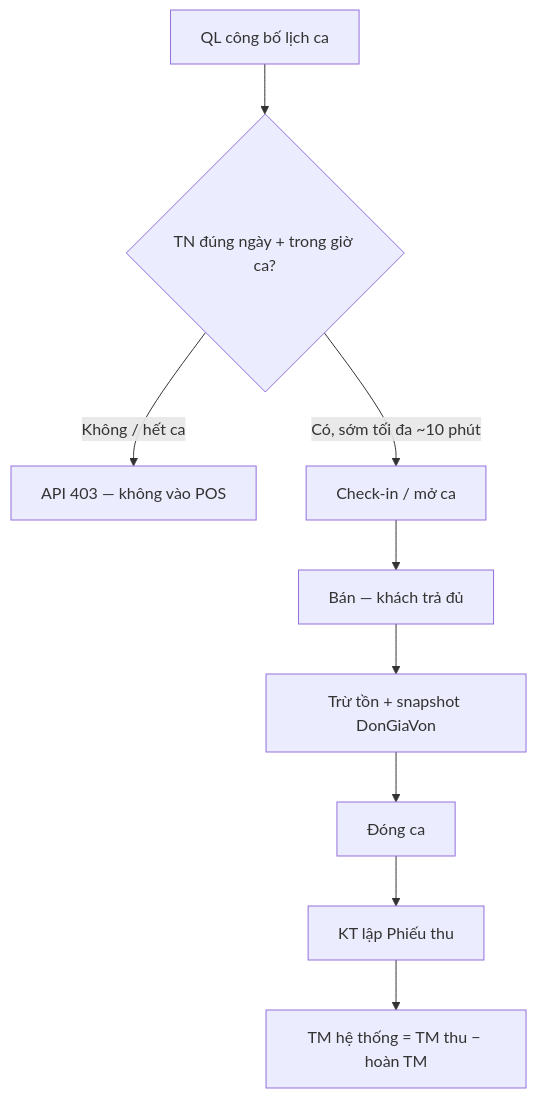
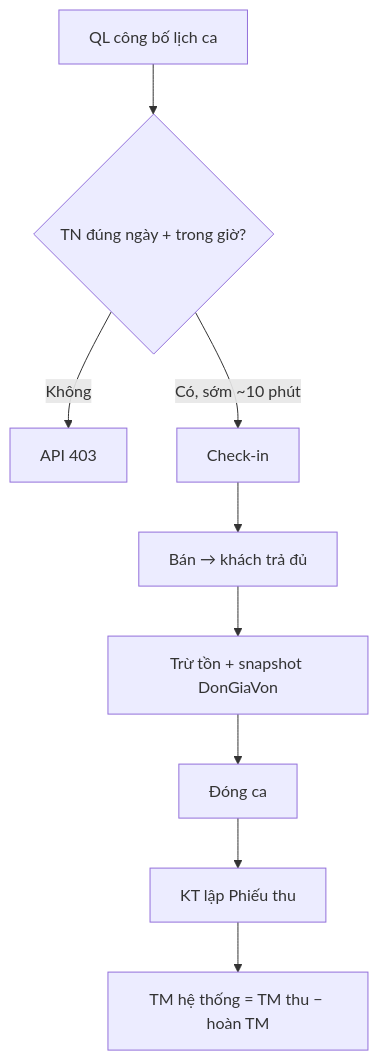
One commit to lowlyone03/BTL-supermarket-fly changed the second of 3 diagrams in README.md. Above: the diagram before and after it, drawn with Mermaid. The commit also changed other lines of this file, not shown here.

Commit message:
docs: rewrite README.md - full system documentation covering architecture, 43 UCs, 37+ tables, API reference, all business modules, advanced features

````diff
--- a/README.md
+++ b/README.md
@@ -188,11 +336,11 @@
 ```mermaid
 flowchart TD
-  P[QL công bố lịch ca] --> Q{TN đúng ngày + trong giờ ca?}
-  Q -->|Không / hết ca| R[API 403 — không vào POS]
-  Q -->|Có, sớm tối đa ~10 phút| S[Check-in / mở ca]
-  S --> T[Bán — khách trả đủ]
+  P[QL công bố lịch ca] --> Q{TN đúng ngày + trong giờ?}
+  Q -->|Không| R[API 403]
+  Q -->|Có, sớm ~10 phút| S[Check-in]
+  S --> T[Bán → khách trả đủ]
   T --> U[Trừ tồn + snapshot DonGiaVon]
   U --> V[Đóng ca]
   V --> W[KT lập Phiếu thu]
   W --> Y[TM hệ thống = TM thu − hoàn TM]
 ```
````
